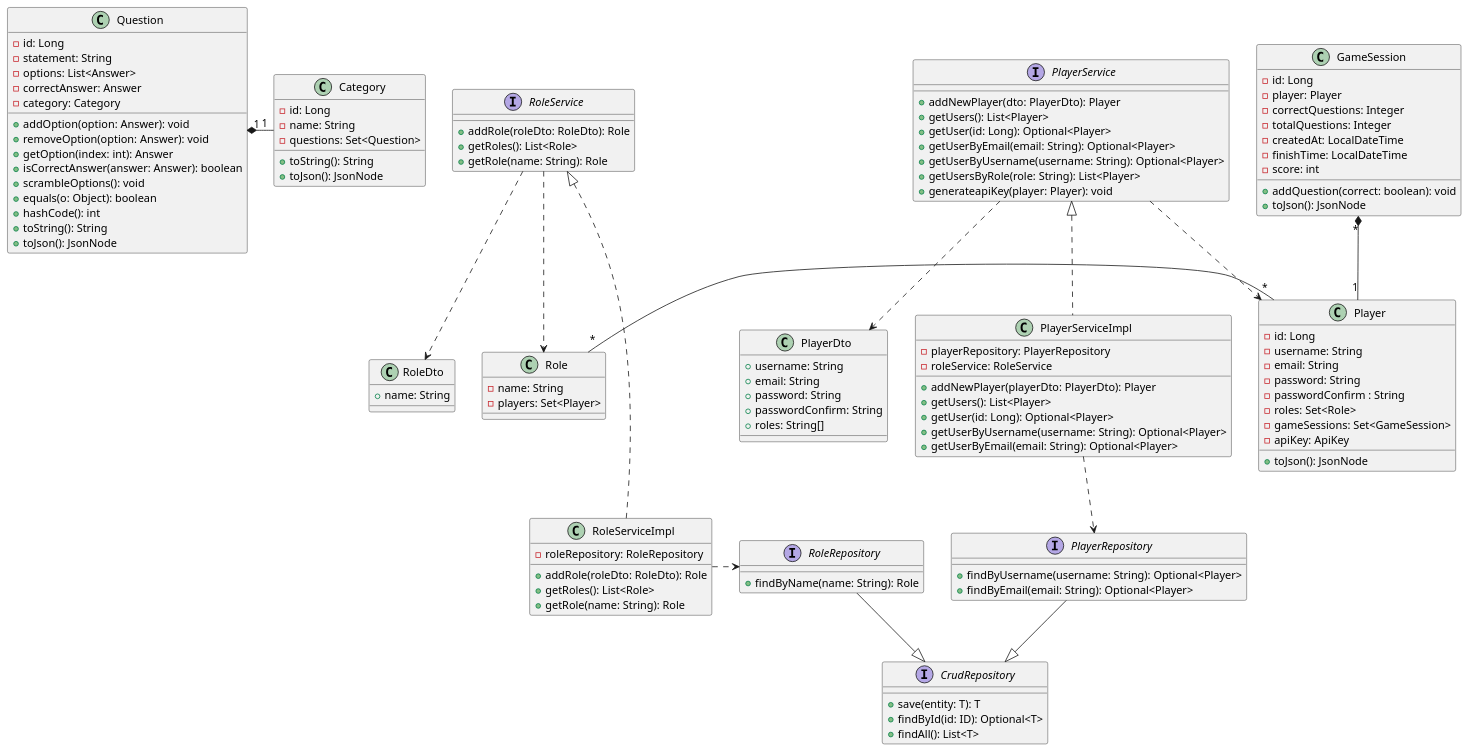
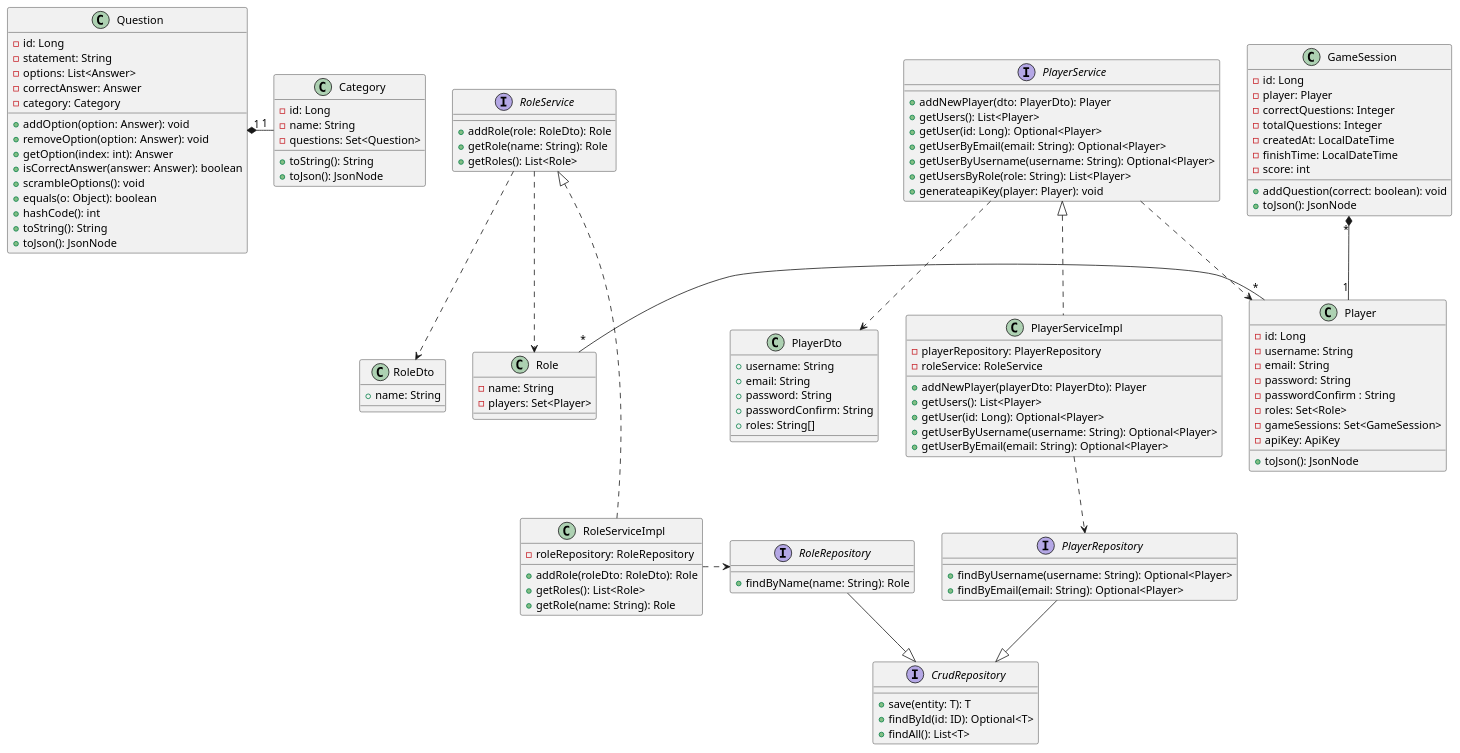
One commit to Arquisoft/wiq_es04b changed the first of 2 diagrams in docs/src/08_concepts.adoc. Above: the diagram before and after it, drawn with PlantUML.

Commit message:
RoleService actualizado

```diff
--- a/docs/src/08_concepts.adoc
+++ b/docs/src/08_concepts.adoc
@@ -78,9 +78,9 @@
 }
 
 interface RoleService {
-    + addRole(roleDto: RoleDto): Role
+    + addRole(role: RoleDto): Role
+    + getRole(name: String): Role
     + getRoles(): List<Role>
-    + getRole(name: String): Role
 }
 
 class PlayerServiceImpl {
```
